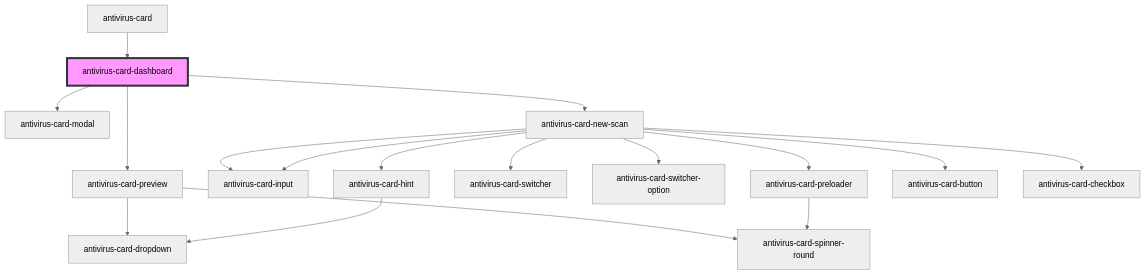
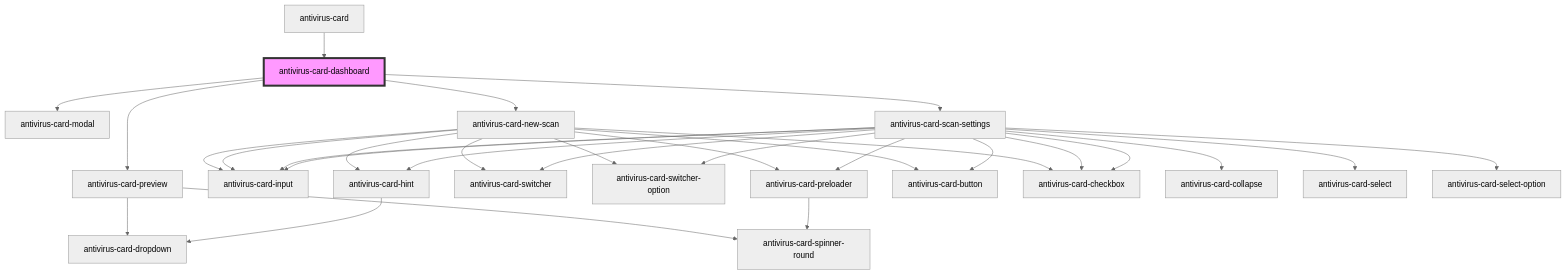
One commit to ispsystem/plugin-imunify changed the diagram in client/packages/antivirus-card/src/components/dashboard/readme.md. Above: the diagram before and after it, drawn with Mermaid (neutral theme). The commit also changed other lines of this file and 33 other files, not shown here.

First line of the commit message:
wip(antivirus-card): 🚧 setting-scan component

````diff
--- a/client/packages/antivirus-card/src/components/dashboard/readme.md
+++ b/client/packages/antivirus-card/src/components/dashboard/readme.md
@@ -28,20 +29,33 @@
 ```mermaid
 graph TD;
   antivirus-card-dashboard --> antivirus-card-preview
   antivirus-card-dashboard --> antivirus-card-modal
   antivirus-card-dashboard --> antivirus-card-new-scan
+  antivirus-card-dashboard --> antivirus-card-scan-settings
   antivirus-card-preview --> antivirus-card-dropdown
   antivirus-card-preview --> antivirus-card-spinner-round
   antivirus-card-new-scan --> antivirus-card-input
   antivirus-card-new-scan --> antivirus-card-hint
   antivirus-card-new-scan --> antivirus-card-switcher
   antivirus-card-new-scan --> antivirus-card-switcher-option
   antivirus-card-new-scan --> antivirus-card-preloader
   antivirus-card-new-scan --> antivirus-card-button
   antivirus-card-new-scan --> antivirus-card-checkbox
   antivirus-card-new-scan --> antivirus-card-input
   antivirus-card-hint --> antivirus-card-dropdown
   antivirus-card-preloader --> antivirus-card-spinner-round
+  antivirus-card-scan-settings --> antivirus-card-switcher
+  antivirus-card-scan-settings --> antivirus-card-switcher-option
+  antivirus-card-scan-settings --> antivirus-card-hint
+  antivirus-card-scan-settings --> antivirus-card-input
+  antivirus-card-scan-settings --> antivirus-card-checkbox
+  antivirus-card-scan-settings --> antivirus-card-collapse
+  antivirus-card-scan-settings --> antivirus-card-select
+  antivirus-card-scan-settings --> antivirus-card-select-option
+  antivirus-card-scan-settings --> antivirus-card-preloader
+  antivirus-card-scan-settings --> antivirus-card-button
+  antivirus-card-scan-settings --> antivirus-card-checkbox
+  antivirus-card-scan-settings --> antivirus-card-input
   antivirus-card --> antivirus-card-dashboard
   style antivirus-card-dashboard fill:#f9f,stroke:#333,stroke-width:4px
 ```
````
